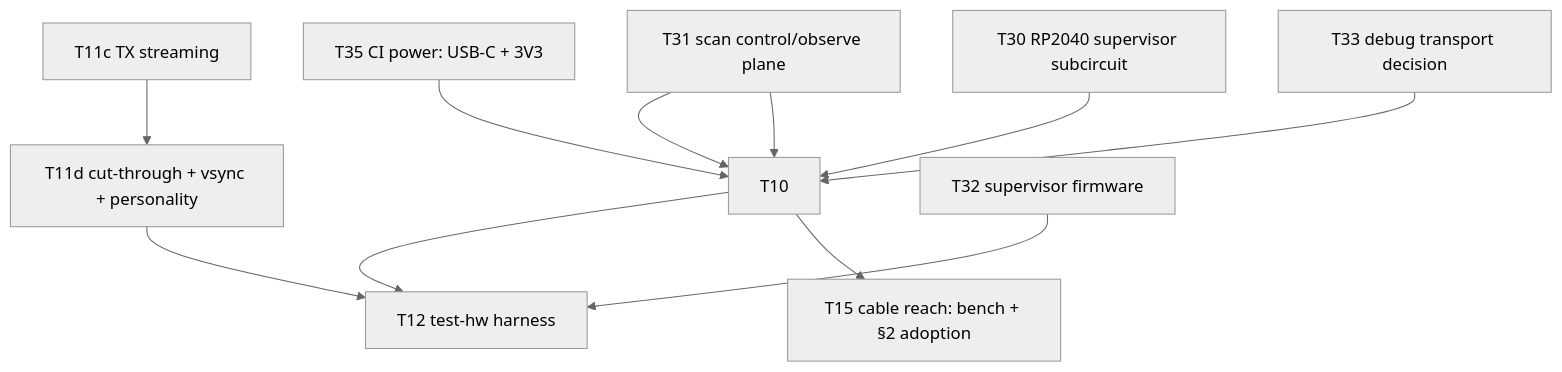
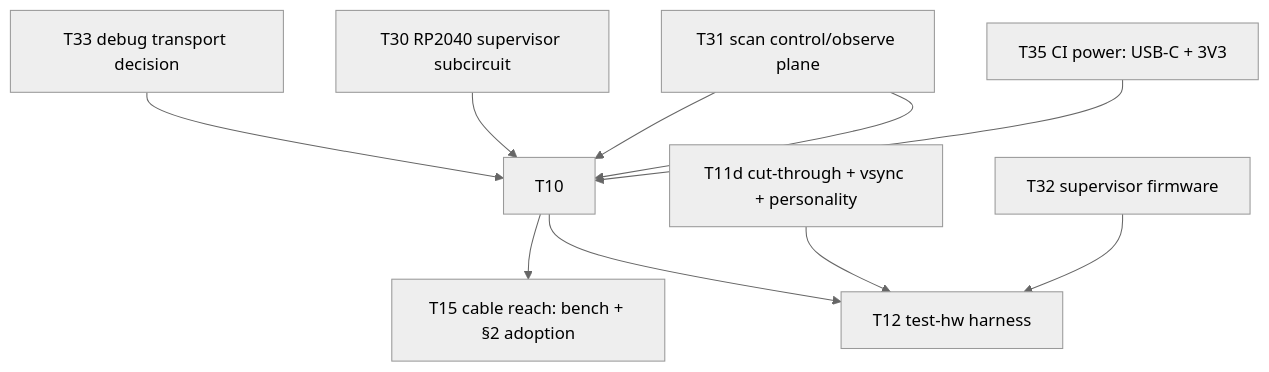
The diagram in KANBAN.md (kristofferkoch/oparroy), drawn with Mermaid (neutral theme) before and after one commit. The commit also changed other lines of this file, not shown here.

First line of the commit message:
kanban: the TX streaming card ships; cut-through promotes to Next

````diff
--- a/KANBAN.md
+++ b/KANBAN.md
@@ -34,13 +34,12 @@
 ```mermaid
 graph TD
     T31[T31 scan control/observe plane] --> T10
     T35[T35 CI power: USB-C + 3V3] --> T10
     T30[T30 RP2040 supervisor subcircuit] --> T10
     T31 --> T10
     T33[T33 debug transport decision] --> T10
     T10 --> T12[T12 test-hw harness]
     T10 --> T15[T15 cable reach: bench + §2 adoption]
-    T11c[T11c TX streaming] --> T11d
     T11d[T11d cut-through + vsync + personality] --> T12
     T32[T32 supervisor firmware] --> T12
 ```
````
